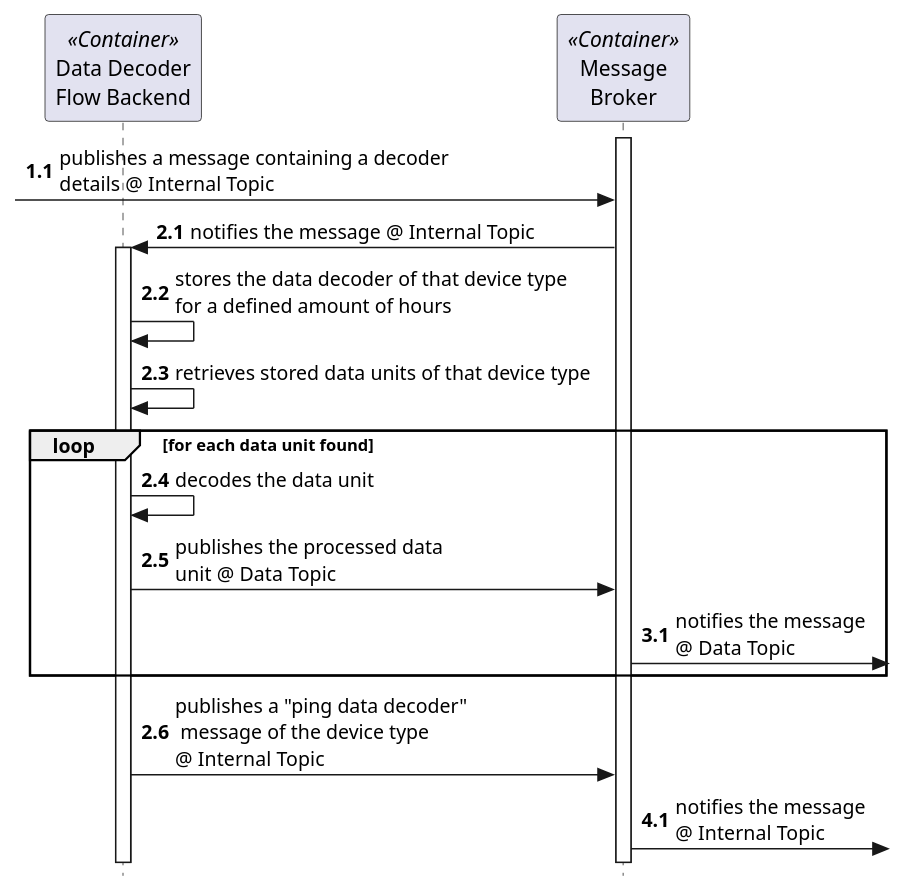
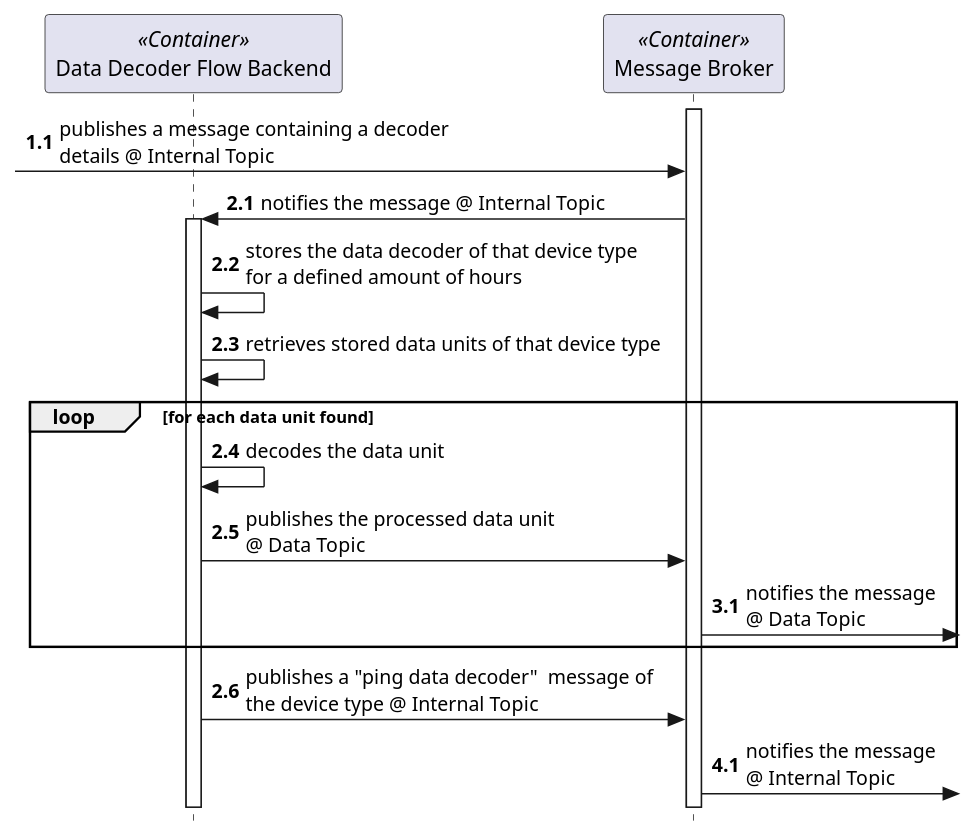
Before and after one commit to FilipeMCruz/dissertation: the diagram in assets/diagrams/design/architectural/level2/process/data-decoder-flow-2.pu, drawn with PlantUML. The commit also changed 264 other files, not shown here.

```diff
--- a/assets/diagrams/design/architectural/level2/process/data-decoder-flow-2.pu
+++ b/assets/diagrams/design/architectural/level2/process/data-decoder-flow-2.pu
@@ -1,35 +1,37 @@
 @startuml data-decoder-flow-2
 
 autonumber 1.1
 
+skinparam maxMessageSize 280
+
 skinparam style strictuml
 
-participant "Data Decoder\nFlow Backend" as DECODER_FLOW <<Container>>
-participant "Message\nBroker" as MB <<Container>>
+participant "Data Decoder Flow Backend" as DECODER_FLOW <<Container>>
+participant "Message Broker" as MB <<Container>>
 
 activate MB
 
--> MB : publishes a message containing a decoder\ndetails @ Internal Topic
+-> MB : publishes a message containing a decoder details @ Internal Topic
 
 autonumber inc A
 MB -> DECODER_FLOW : notifies the message @ Internal Topic
 activate DECODER_FLOW
-DECODER_FLOW -> DECODER_FLOW : stores the data decoder of that device type\nfor a defined amount of hours
+DECODER_FLOW -> DECODER_FLOW : stores the data decoder of that device type for a defined amount of hours
 DECODER_FLOW -> DECODER_FLOW : retrieves stored data units of that device type
 
 loop for each data unit found
     DECODER_FLOW -> DECODER_FLOW : decodes the data unit
-    DECODER_FLOW -> MB : publishes the processed data\nunit @ Data Topic
+    DECODER_FLOW -> MB : publishes the processed data unit\n@ Data Topic
 
     autonumber inc A
     MB ->? :  notifies the message\n@ Data Topic
 
 end
 autonumber 2.6
-DECODER_FLOW -> MB : publishes a "ping data decoder"\n message of the device type\n@ Internal Topic
+DECODER_FLOW -> MB : publishes a "ping data decoder"  message of the device type @ Internal Topic
 
 autonumber inc A
 autonumber inc A
 MB ->? : notifies the message\n@ Internal Topic
 
 @enduml
```
